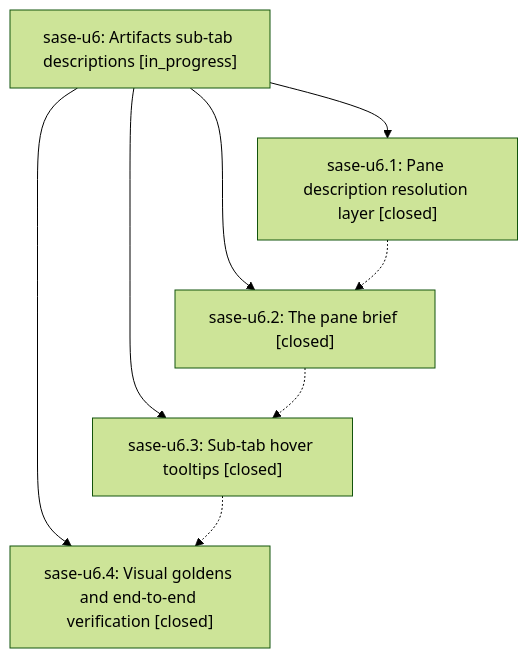
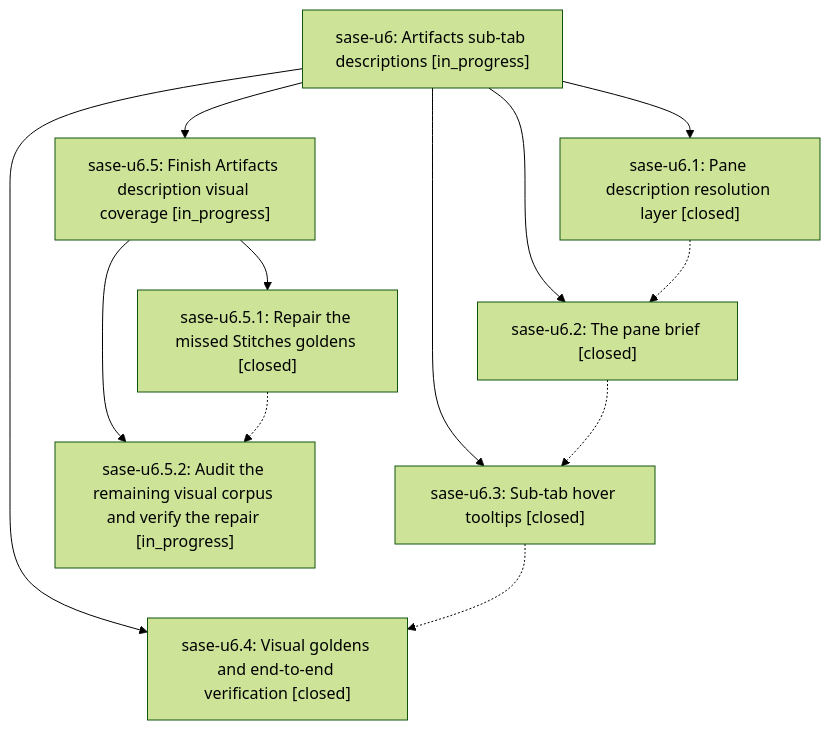
Before and after one commit to sase-org/sase--beads: the diagram in pages/sase-u6/README.md, drawn with Mermaid (forest theme). The commit also changed other lines of this file and 3 other files, not shown here.

````diff
--- a/pages/sase-u6/README.md
+++ b/pages/sase-u6/README.md
@@ -45,15 +45,22 @@
 ```mermaid
 flowchart TD
     n0["sase-u6: Artifacts sub-tab descriptions [in_progress]"]
     n1["sase-u6.1: Pane description resolution layer [closed]"]
     n2["sase-u6.2: The pane brief [closed]"]
     n3["sase-u6.3: Sub-tab hover tooltips [closed]"]
     n4["sase-u6.4: Visual goldens and end-to-end verification [closed]"]
+    n5["sase-u6.5: Finish Artifacts description visual coverage [in_progress]"]
+    n6["sase-u6.5.1: Repair the missed Stitches goldens [closed]"]
+    n7["sase-u6.5.2: Audit the remaining visual corpus and verify the repair [in_progress]"]
     n0 --> n1
     n0 --> n2
     n0 --> n3
     n0 --> n4
+    n0 --> n5
+    n5 --> n6
+    n5 --> n7
     n1 -.-> n2
     n2 -.-> n3
     n3 -.-> n4
+    n6 -.-> n7
 ```
````
